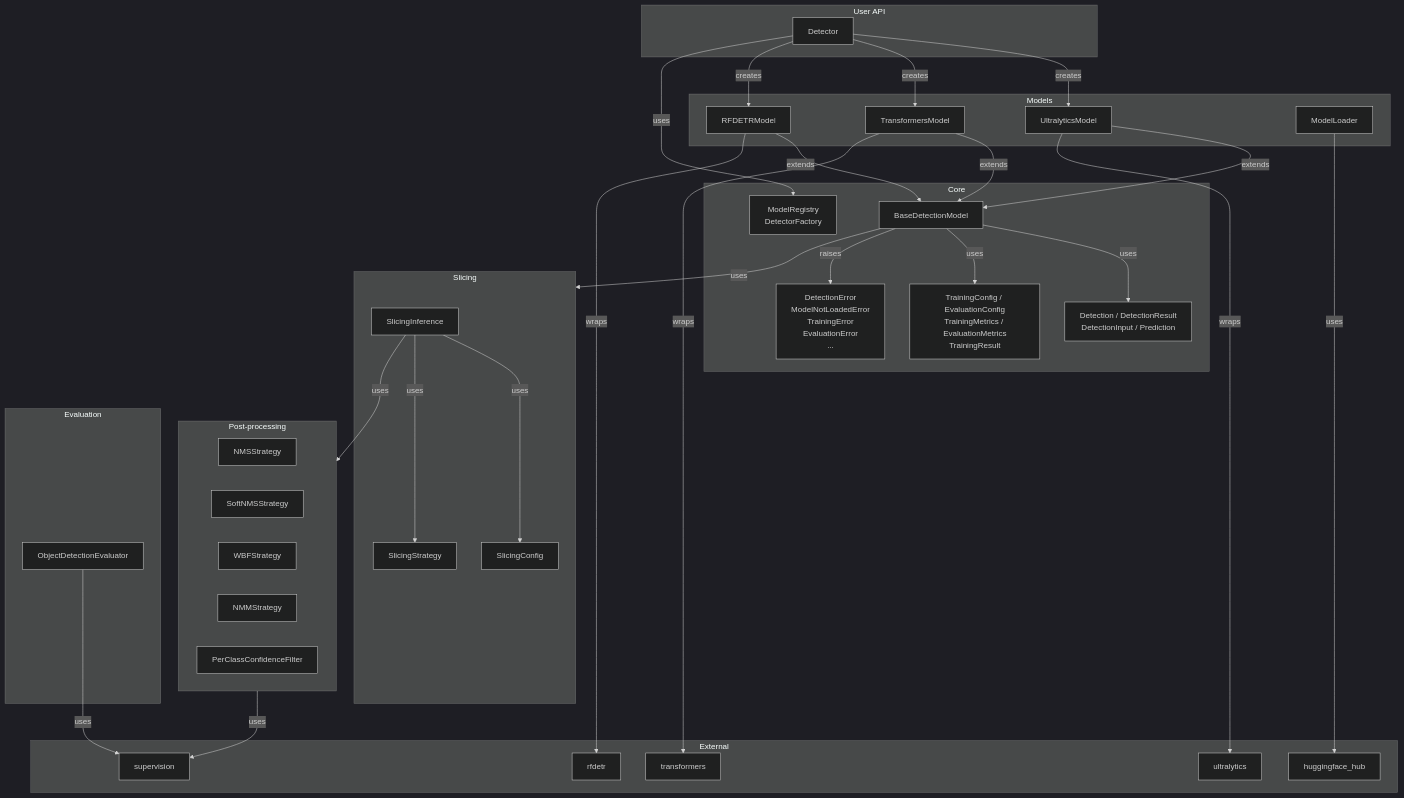
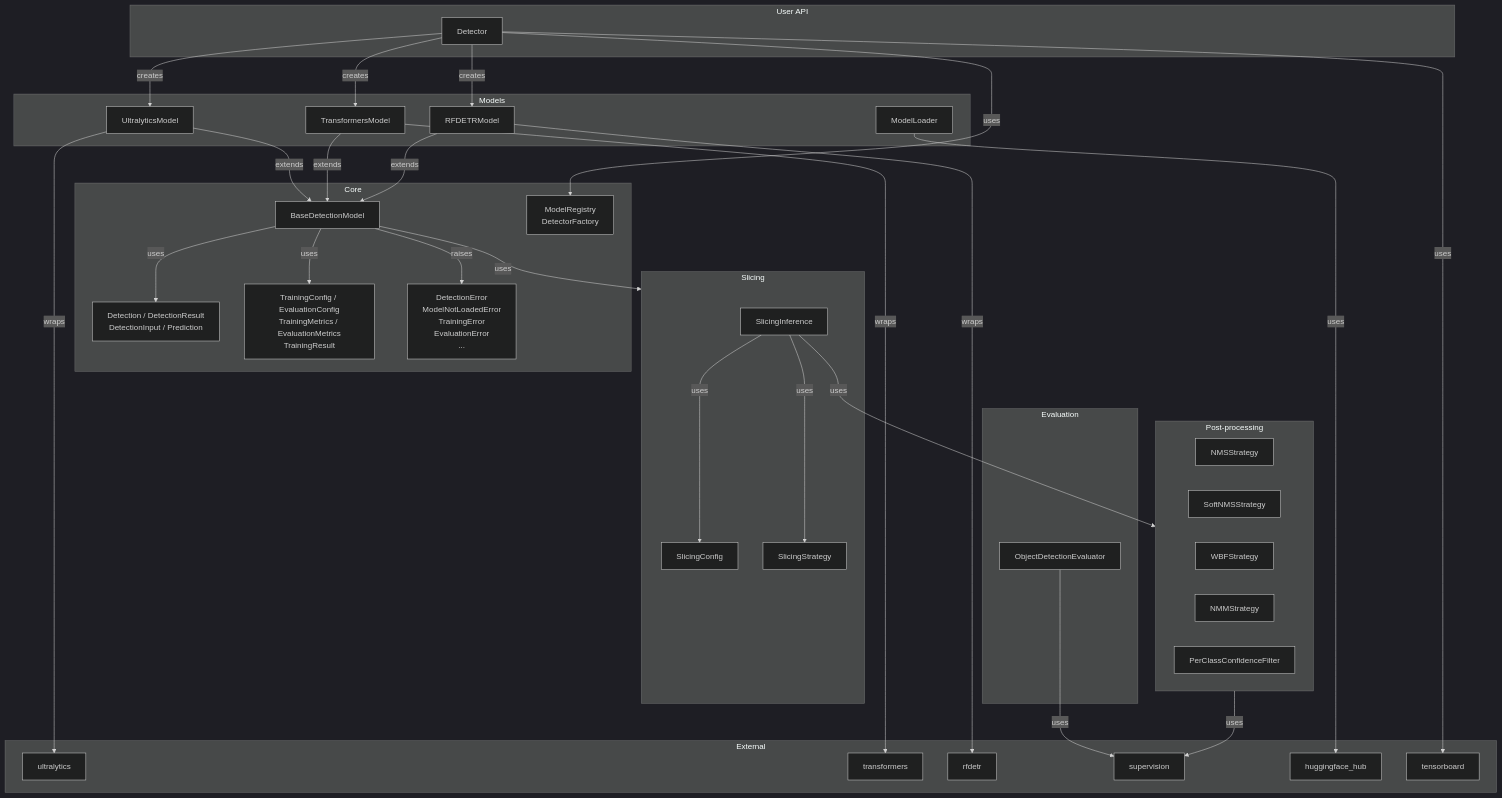
One commit to Black-Bee-Drones/nectar-sdk changed the first of 5 diagrams in nectar/nectar/ai/detection/README.md. Above: the diagram before and after it, drawn with Mermaid (dark theme). The commit also changed other lines of this file, not shown here.

````diff
--- a/nectar/nectar/ai/detection/README.md
+++ b/nectar/nectar/ai/detection/README.md
@@ -7,73 +7,75 @@
 ```mermaid
 flowchart TB
     subgraph API["User API"]
         Detector["Detector"]
     end
 
     subgraph Core["Core"]
         BDM["BaseDetectionModel"]
         Types["Detection / DetectionResult<br/>DetectionInput / Prediction"]
         Configs["TrainingConfig / EvaluationConfig<br/>TrainingMetrics / EvaluationMetrics<br/>TrainingResult"]
         Registry["ModelRegistry<br/>DetectorFactory"]
         Exceptions["DetectionError<br/>ModelNotLoadedError<br/>TrainingError<br/>EvaluationError<br/>..."]
     end
 
     subgraph Models["Models"]
         UM["UltralyticsModel"]
         TM["TransformersModel"]
         RM["RFDETRModel"]
         ML["ModelLoader"]
     end
 
     subgraph Slicing["Slicing"]
         SI["SlicingInference"]
         SC["SlicingConfig"]
         SS["SlicingStrategy"]
     end
 
     subgraph PostProcess["Post-processing"]
         NMS["NMSStrategy"]
         SoftNMS["SoftNMSStrategy"]
         WBF["WBFStrategy"]
         NMM["NMMStrategy"]
         PCF["PerClassConfidenceFilter"]
     end
 
     subgraph Evaluation["Evaluation"]
         ODE["ObjectDetectionEvaluator"]
     end
 
     subgraph External["External"]
         YOLO["ultralytics"]
         HF["transformers"]
         RF["rfdetr"]
         SV["supervision"]
         HFH["huggingface_hub"]
+        TB["tensorboard"]
     end
 
     Detector -->|creates| UM
     Detector -->|creates| TM
     Detector -->|creates| RM
     Detector -->|uses| Registry
 
     UM -->|extends| BDM
     TM -->|extends| BDM
     RM -->|extends| BDM
 
     BDM -->|uses| Types
     BDM -->|uses| Configs
     BDM -->|uses| Slicing
     BDM -->|raises| Exceptions
 
     SI -->|uses| SC
     SI -->|uses| SS
     SI -->|uses| PostProcess
 
     UM -->|wraps| YOLO
     TM -->|wraps| HF
     RM -->|wraps| RF
 
     ODE -->|uses| SV
     PostProcess -->|uses| SV
     ML -->|uses| HFH
+    Detector -->|uses| TB
 ```
````
